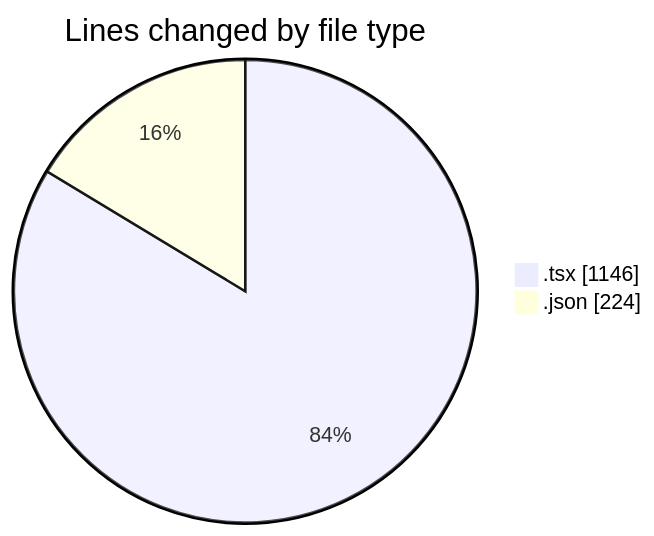
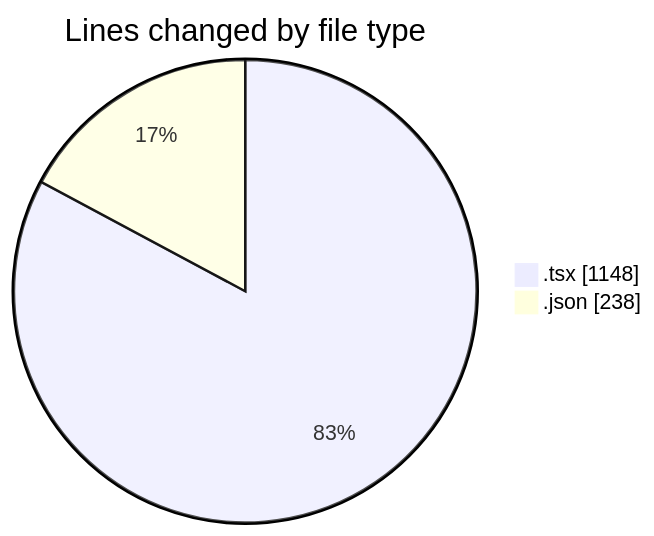
Before and after one commit to Elitesun/code-tracking: the first of 2 diagrams in 2025-05-08/niten/README.md, drawn with Mermaid. The commit also changed other lines of this file and 1 other file, not shown here.

````diff
--- a/2025-05-08/niten/README.md
+++ b/2025-05-08/niten/README.md
@@ -26,6 +26,6 @@
 ```mermaid
 pie showData
 title Lines changed by file type
-".tsx" : 1146
-".json" : 224
+".tsx" : 1148
+".json" : 238
 ```
````
